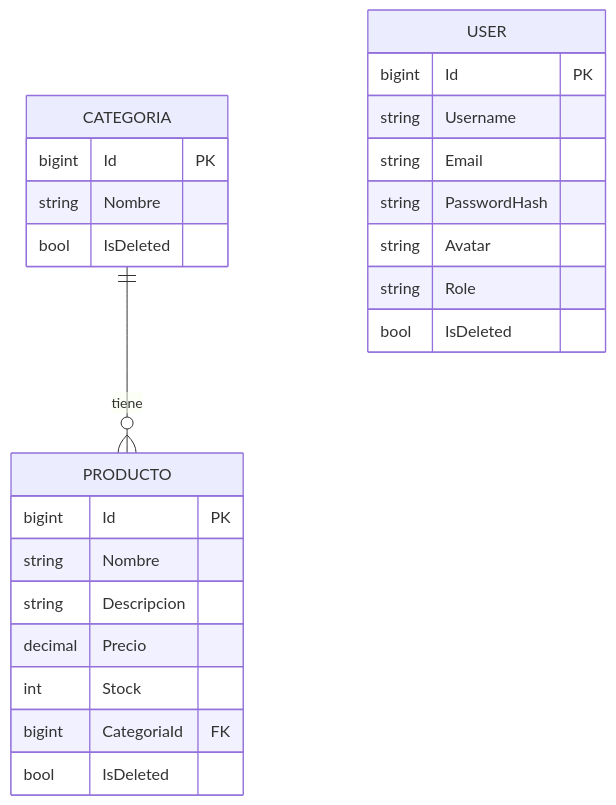
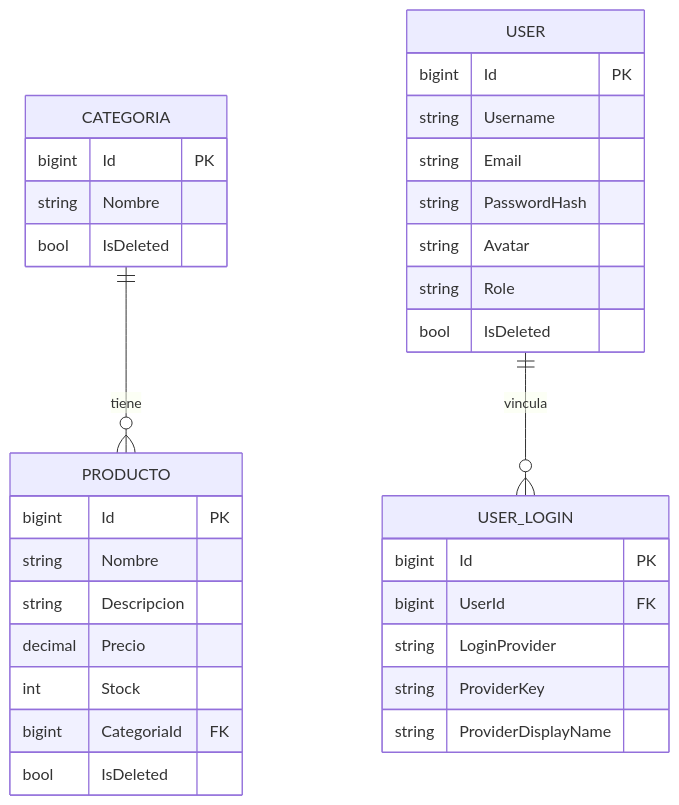
Before and after one commit to joseluisgs/TiendaDawApi-NetCore: the second of 6 diagrams in README.md, drawn with Mermaid. The commit also changed other lines of this file and 3 other files, not shown here.

````diff
--- a/README.md
+++ b/README.md
@@ -555,30 +576,40 @@
 ```mermaid
 erDiagram
     CATEGORIA ||--o{ PRODUCTO : "tiene"
     
     USER {
         bigint Id PK
         string Username
         string Email
         string PasswordHash
         string Avatar
         string Role
         bool IsDeleted
     }
+    
+    USER_LOGIN {
+        bigint Id PK
+        bigint UserId FK
+        string LoginProvider
+        string ProviderKey
+        string ProviderDisplayName
+    }
+    
+    USER ||--o{ USER_LOGIN : "vincula"
     
     CATEGORIA {
         bigint Id PK
         string Nombre
         bool IsDeleted
     }
     
     PRODUCTO {
         bigint Id PK
         string Nombre
         string Descripcion
         decimal Precio
         int Stock
         bigint CategoriaId FK
         bool IsDeleted
     }
 ```
````
